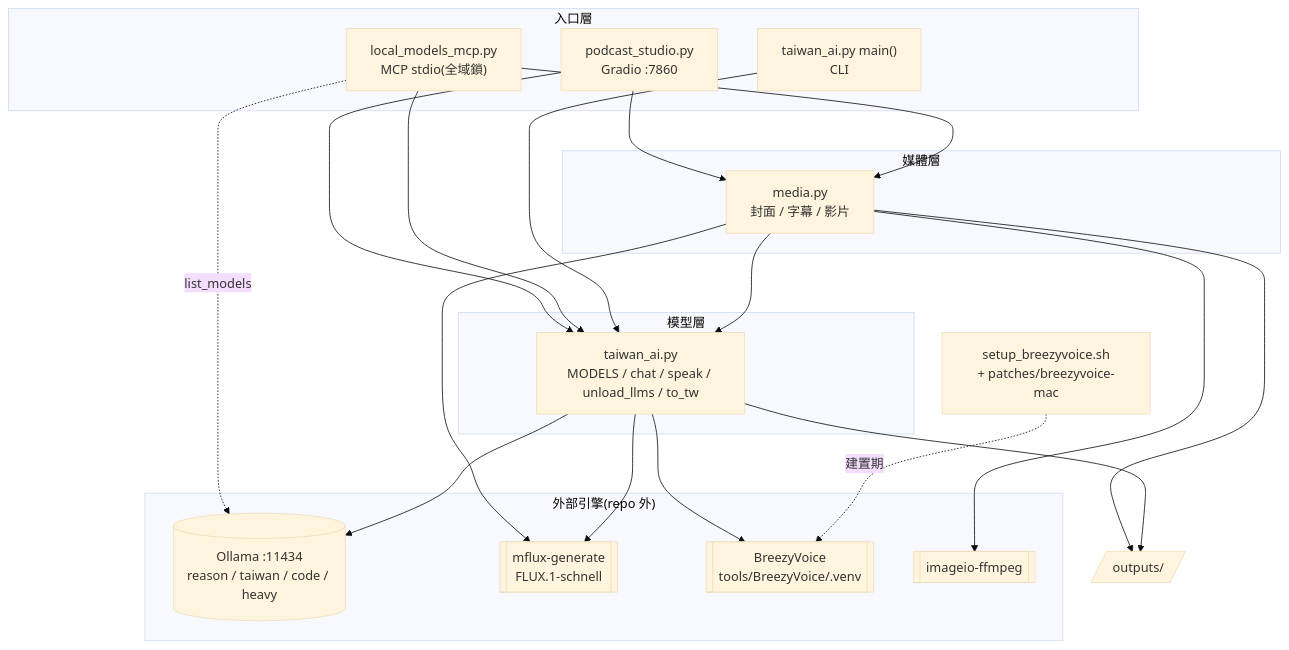
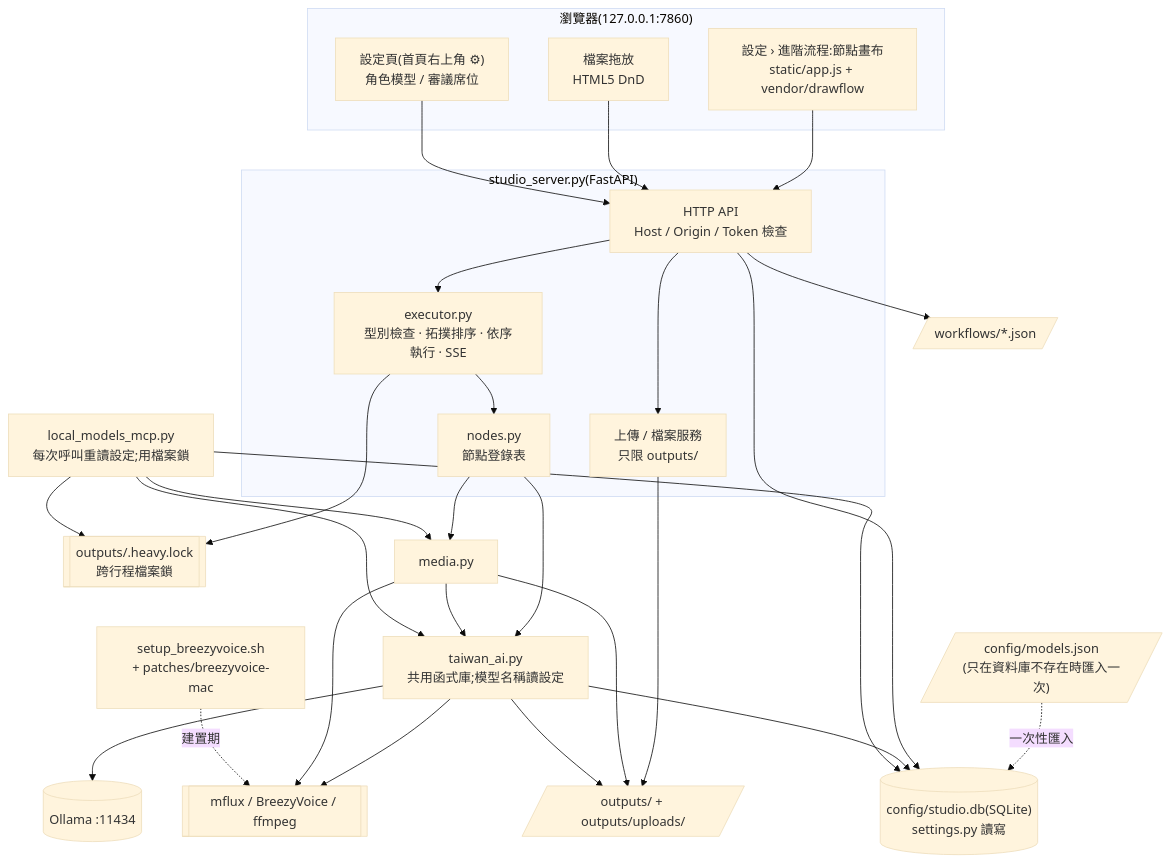
Before and after one commit to kamira/podcast-studio: the first of 6 diagrams in docs/structure/logical.md, drawn with Mermaid (base theme). The commit also changed other lines of this file and 11 other files, not shown here.

````diff
--- a/docs/structure/logical.md
+++ b/docs/structure/logical.md
@@ -20,37 +26,48 @@
 ```mermaid
 flowchart TD
-  subgraph 入口層
-    WEB["podcast_studio.py<br/>Gradio :7860"]
-    MCP["local_models_mcp.py<br/>MCP stdio(全域鎖)"]
-    CLI["taiwan_ai.py main()<br/>CLI"]
+  subgraph 瀏覽器["瀏覽器(127.0.0.1:7860)"]
+    CANVAS["設定 › 進階流程:節點畫布<br/>static/app.js + vendor/drawflow"]
+    DROP["檔案拖放<br/>HTML5 DnD"]
+    SETTINGS["設定頁(首頁右上角 ⚙)<br/>角色模型 / 審議席位"]
   end
-  subgraph 媒體層
-    MEDIA["media.py<br/>封面 / 字幕 / 影片"]
+  subgraph 伺服器["studio_server.py(FastAPI)"]
+    API["HTTP API<br/>Host / Origin / Token 檢查"]
+    EXEC["executor.py<br/>型別檢查 · 拓撲排序 · 依序執行 · SSE"]
+    NODES["nodes.py<br/>節點登錄表"]
+    UP["上傳 / 檔案服務<br/>只限 outputs/"]
   end
-  subgraph 模型層
-    TAI["taiwan_ai.py<br/>MODELS / chat / speak / unload_llms / to_tw"]
-  end
-  subgraph 外部引擎["外部引擎(repo 外)"]
-    OLLAMA[("Ollama :11434<br/>reason / taiwan / code / heavy")]
-    FLUX[["mflux-generate<br/>FLUX.1-schnell"]]
-    BREEZY[["BreezyVoice<br/>tools/BreezyVoice/.venv"]]
-    FFMPEG[["imageio-ffmpeg"]]
-  end
-  OUT[/"outputs/"/]
+  CFG[("config/studio.db(SQLite)<br/>settings.py 讀寫")]
+  OLDCFG[/"config/models.json<br/>(只在資料庫不存在時匯入一次)"/]
+  OLDCFG -. 一次性匯入 .-> CFG
+  LOCK[["outputs/.heavy.lock<br/>跨行程檔案鎖"]]
+  TAI["taiwan_ai.py<br/>共用函式庫;模型名稱讀設定"]
+  MEDIA["media.py"]
+  MCP["local_models_mcp.py<br/>每次呼叫重讀設定;用檔案鎖"]
+  OLLAMA[("Ollama :11434")]
+  ENG[["mflux / BreezyVoice / ffmpeg"]]
+  WF[/"workflows/*.json"/]
+  OUT[/"outputs/ + outputs/uploads/"/]
 
-  WEB --> MEDIA
-  WEB --> TAI
+  CANVAS --> API
+  DROP --> API
+  SETTINGS --> API
+  API --> EXEC --> NODES
+  API --> UP --> OUT
+  API --> CFG
+  API --> WF
+  NODES --> TAI
+  NODES --> MEDIA
+  MEDIA --> TAI
+  TAI --> CFG
+  MCP --> CFG
+  MCP --> TAI
   MCP --> MEDIA
-  MCP --> TAI
-  MCP -. list_models .-> OLLAMA
-  CLI --> TAI
-  MEDIA --> TAI
-  MEDIA --> FLUX
-  MEDIA --> FFMPEG
+  EXEC --> LOCK
+  MCP --> LOCK
   TAI --> OLLAMA
-  TAI --> BREEZY
-  TAI --> FLUX
+  TAI --> ENG
+  MEDIA --> ENG
   MEDIA --> OUT
   TAI --> OUT
-  SETUP["setup_breezyvoice.sh<br/>+ patches/breezyvoice-mac"] -. 建置期 .-> BREEZY
+  SETUP["setup_breezyvoice.sh<br/>+ patches/breezyvoice-mac"] -. 建置期 .-> ENG
 ```
````
